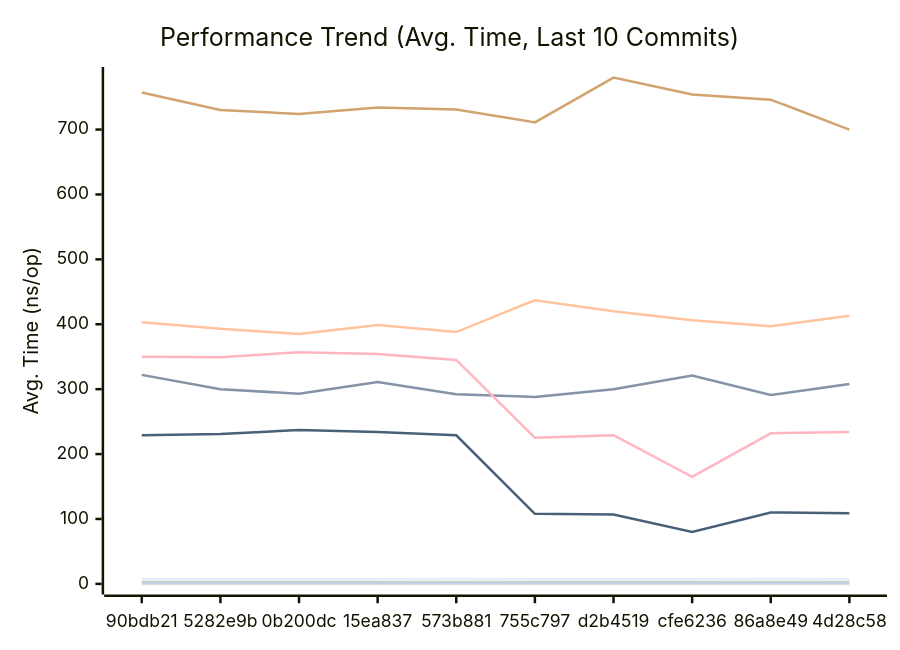
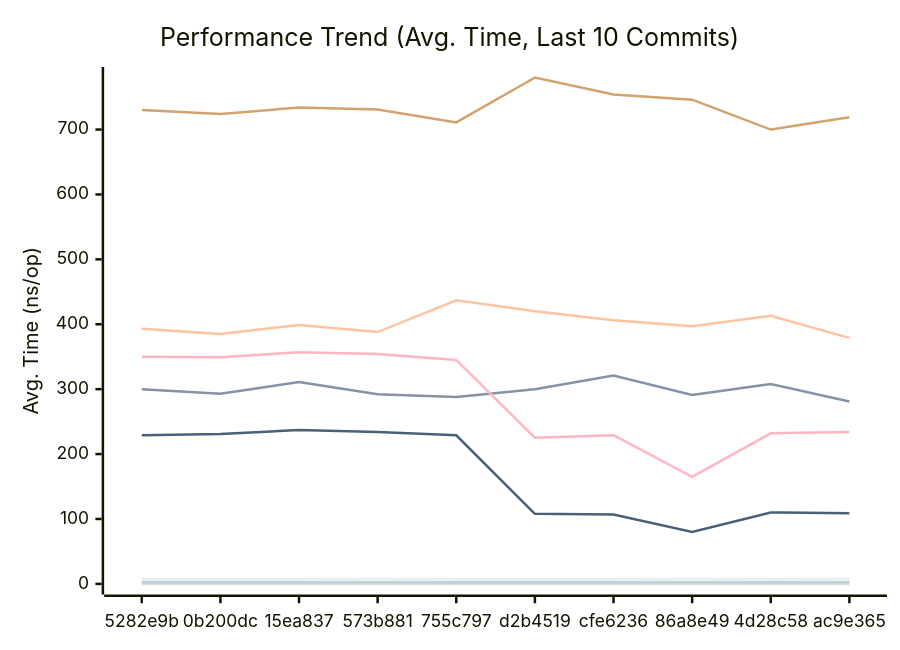
One commit to alsotoes/momo changed the first of 3 diagrams in docs/PERFORMANCE.md. Above: the diagram before and after it, drawn with Mermaid. The commit also changed other lines of this file and 2 other files, not shown here.

````diff
--- a/docs/PERFORMANCE.md
+++ b/docs/PERFORMANCE.md
@@ -80,16 +80,16 @@
 ```mermaid
 xychart-beta
     title "Performance Trend (Avg. Time, Last 10 Commits)"
     x-axis "Commit"
     y-axis "Avg. Time (ns/op)"
-    x-axis [90bdb21,5282e9b,0b200dc,15ea837,573b881,755c797,d2b4519,cfe6236,86a8e49,4d28c58]
-    line "CheckMetricsAndSwap" [7,7,7,7,8,7,7,7,8,7]
-    line "CrushOptimized" [322,300,293,311,292,288,300,321,291,308]
-    line "CrushOriginal" [403,393,385,399,388,437,420,406,397,413]
+    x-axis [5282e9b,0b200dc,15ea837,573b881,755c797,d2b4519,cfe6236,86a8e49,4d28c58,ac9e365]
+    line "CheckMetricsAndSwap" [7,7,7,8,7,7,7,8,7,8]
+    line "CrushOptimized" [300,293,311,292,288,300,321,291,308,281]
+    line "CrushOriginal" [393,385,399,388,437,420,406,397,413,379]
     line "IndexDirectTracking" [0,0,0,0,0,0,0,0,0,0]
     line "IndexSearch" [3,3,3,3,3,3,3,3,3,3]
-    line "LoadGlobalConfig" [757,730,724,734,731,711,780,754,746,700]
+    line "LoadGlobalConfig" [730,724,734,731,711,780,754,746,700,719]
     line "PadString" [2,2,2,2,2,2,2,2,2,2]
     line "ParseReplicationOrder_NoPrealloc" [350,349,357,354,345,225,229,165,232,234]
     line "ParseReplicationOrder_Prealloc" [229,231,237,234,229,108,107,80,110,109]
 ```
````
